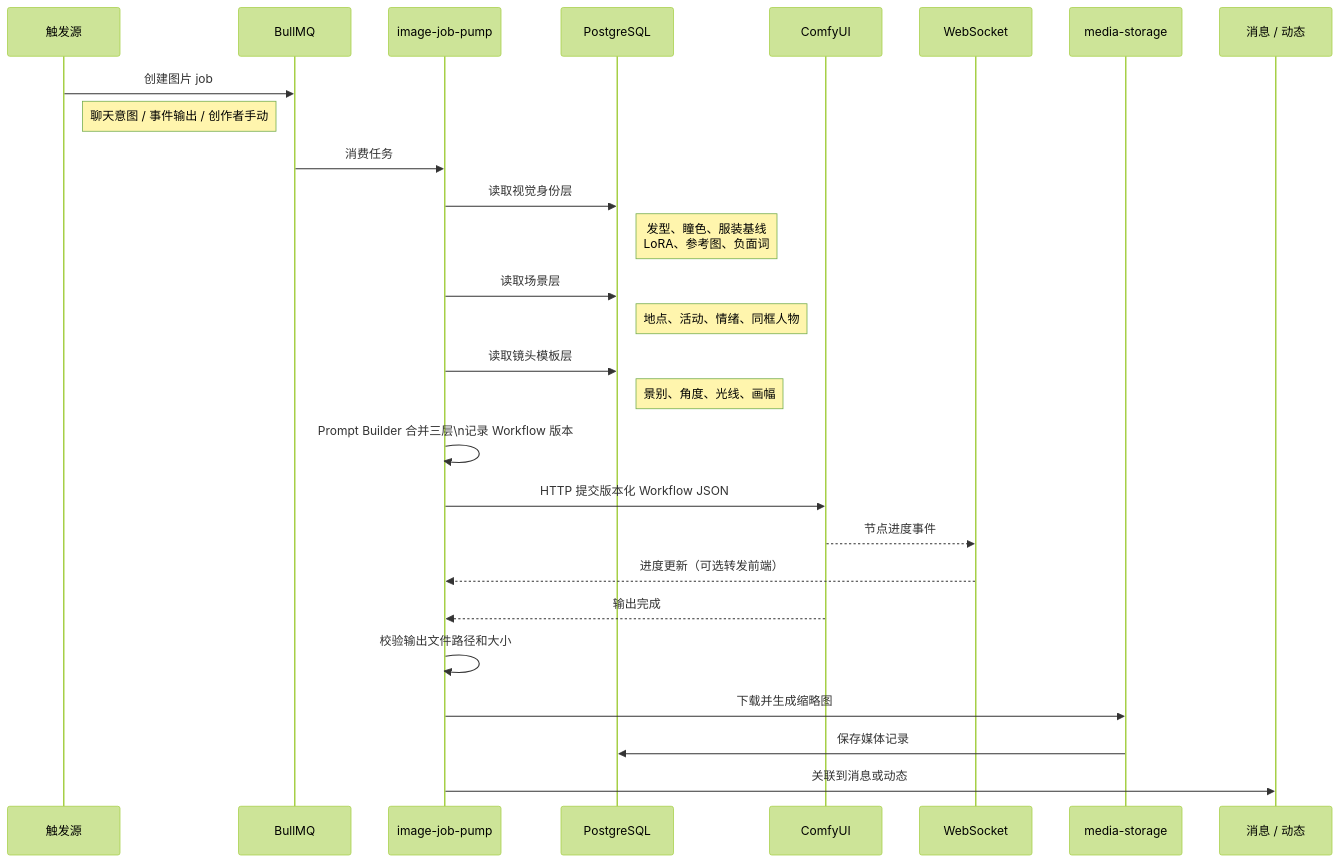
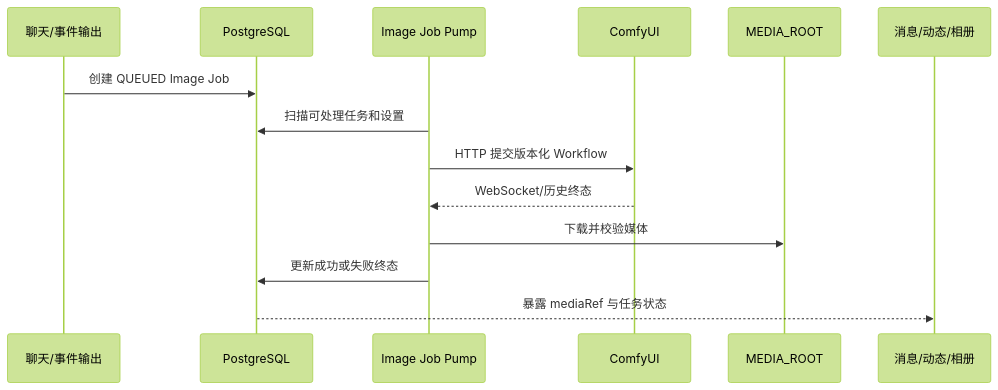
One commit to lark-x/GameStart changed the third of 6 diagrams in docs/user-flows.md. Above: the diagram before and after it, drawn with Mermaid (forest theme). The commit also changed other lines of this file and 68 other files, not shown here.

Commit message:
docs: establish architecture governance

````diff
--- a/docs/user-flows.md
+++ b/docs/user-flows.md
@@ -88,33 +60,17 @@
 ```mermaid
 sequenceDiagram
-    participant Source as 触发源
-    participant Queue as BullMQ
-    participant Pump as image-job-pump
+    participant Source as 聊天/事件输出
     participant DB as PostgreSQL
+    participant Worker as Image Job Pump
     participant ComfyUI as ComfyUI
-    participant WS as WebSocket
-    participant Store as media-storage
-    participant Target as 消息 / 动态
+    participant Store as MEDIA_ROOT
+    participant Target as 消息/动态/相册
 
-    Source->>Queue: 创建图片 job
-    Note right of Source: 聊天意图 / 事件输出 / 创作者手动
-
-    Queue->>Pump: 消费任务
-    Pump->>DB: 读取视觉身份层
-    Note right of DB: 发型、瞳色、服装基线<br/>LoRA、参考图、负面词
-    Pump->>DB: 读取场景层
-    Note right of DB: 地点、活动、情绪、同框人物
-    Pump->>DB: 读取镜头模板层
-    Note right of DB: 景别、角度、光线、画幅
-
-    Pump->>Pump: Prompt Builder 合并三层\n记录 Workflow 版本
-    Pump->>ComfyUI: HTTP 提交版本化 Workflow JSON
-    ComfyUI-->>WS: 节点进度事件
-    WS-->>Pump: 进度更新（可选转发前端）
-    ComfyUI-->>Pump: 输出完成
-
-    Pump->>Pump: 校验输出文件路径和大小
-    Pump->>Store: 下载并生成缩略图
-    Store->>DB: 保存媒体记录
-    Pump->>Target: 关联到消息或动态
+    Source->>DB: 创建 QUEUED Image Job
+    Worker->>DB: 扫描可处理任务和设置
+    Worker->>ComfyUI: HTTP 提交版本化 Workflow
+    ComfyUI-->>Worker: WebSocket/历史终态
+    Worker->>Store: 下载并校验媒体
+    Worker->>DB: 更新成功或失败终态
+    DB-->>Target: 暴露 mediaRef 与任务状态
 ```
````
